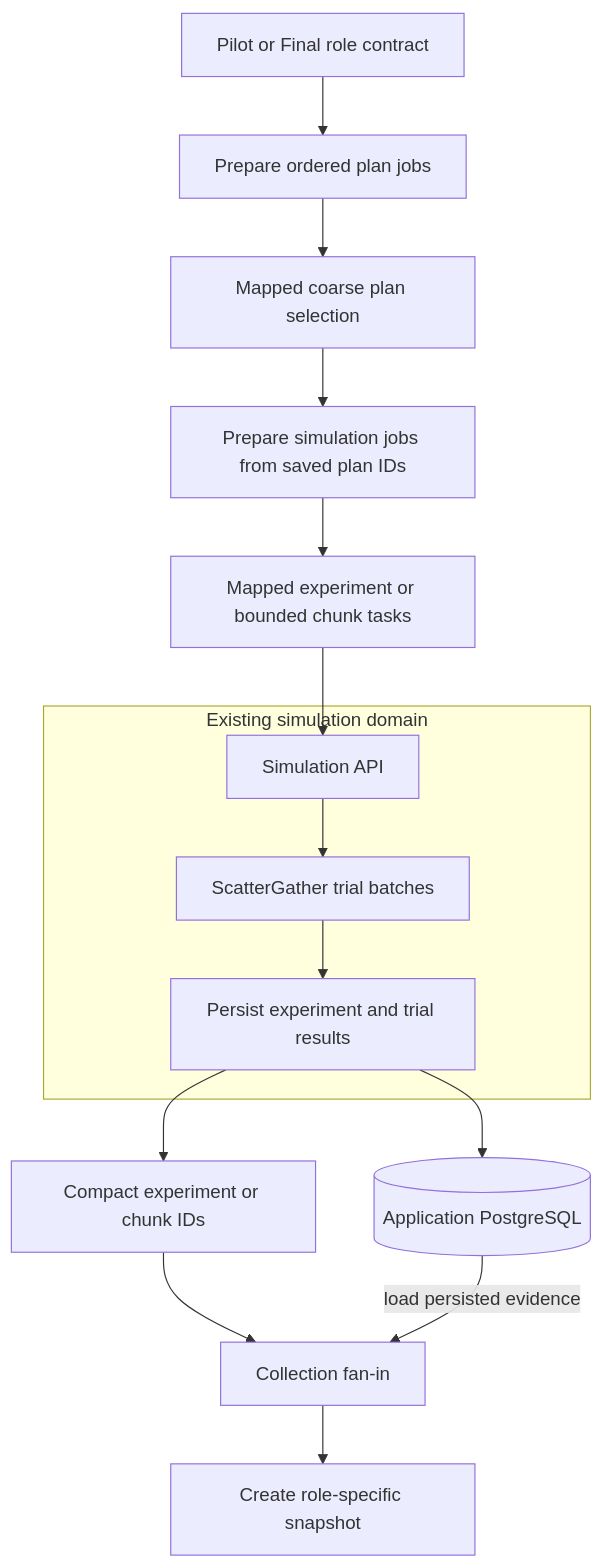
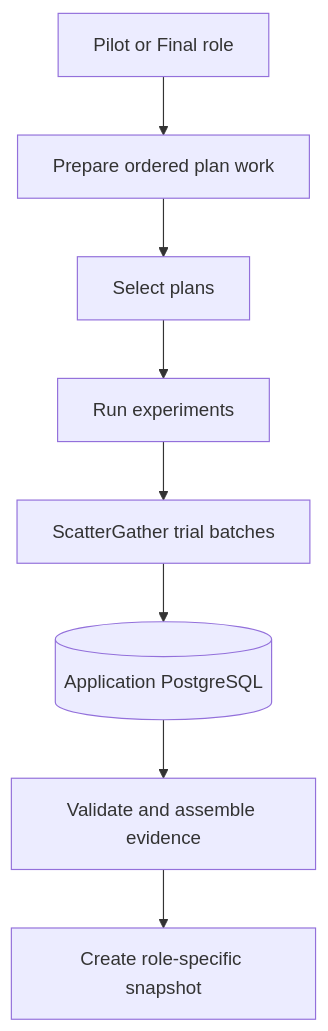
One commit to michalo1334/master_thesis changed the third of 3 diagrams in docs/design/evaluation-study-pipeline.md. Above: the diagram before and after it, drawn with Mermaid. The commit also changed other lines of this file and 10 other files, not shown here.

````diff
--- a/docs/design/evaluation-study-pipeline.md
+++ b/docs/design/evaluation-study-pipeline.md
@@ -119,17 +135,10 @@
 ```mermaid
 flowchart TD
-    ROLE["Pilot or Final role contract"] --> PREP["Prepare ordered plan jobs"]
-    PREP --> PLANS["Mapped coarse plan selection"]
-    PLANS --> JOBS["Prepare simulation jobs from saved plan IDs"]
-    JOBS --> SIM["Mapped experiment or bounded chunk tasks"]
-    subgraph DOMAIN["Existing simulation domain"]
-        API["Simulation API"] --> SG["ScatterGather trial batches"]
-        SG --> SAVE["Persist experiment and trial results"]
-    end
-    SIM --> API
-    SAVE --> DB[("Application PostgreSQL")]
-    SAVE --> IDS["Compact experiment or chunk IDs"]
-    IDS --> FAN["Collection fan-in"]
-    DB -->|"load persisted evidence"| FAN
+    ROLE["Pilot or Final role"] --> PREP["Prepare ordered plan work"]
+    PREP --> PLANS["Select plans"]
+    PLANS --> SIM["Run experiments"]
+    SIM --> SG["ScatterGather trial batches"]
+    SG --> DB[("Application PostgreSQL")]
+    DB --> FAN["Validate and assemble evidence"]
     FAN --> SNAP["Create role-specific snapshot"]
 ```
````
